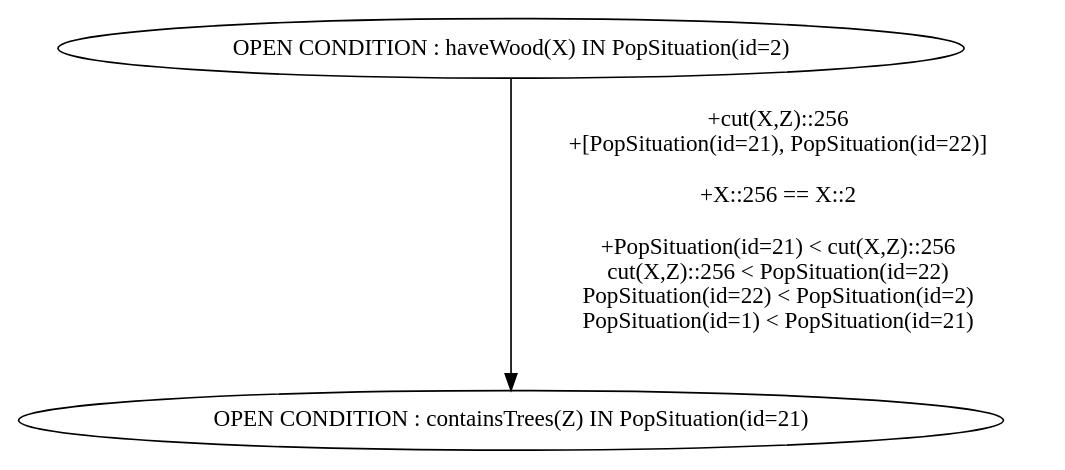
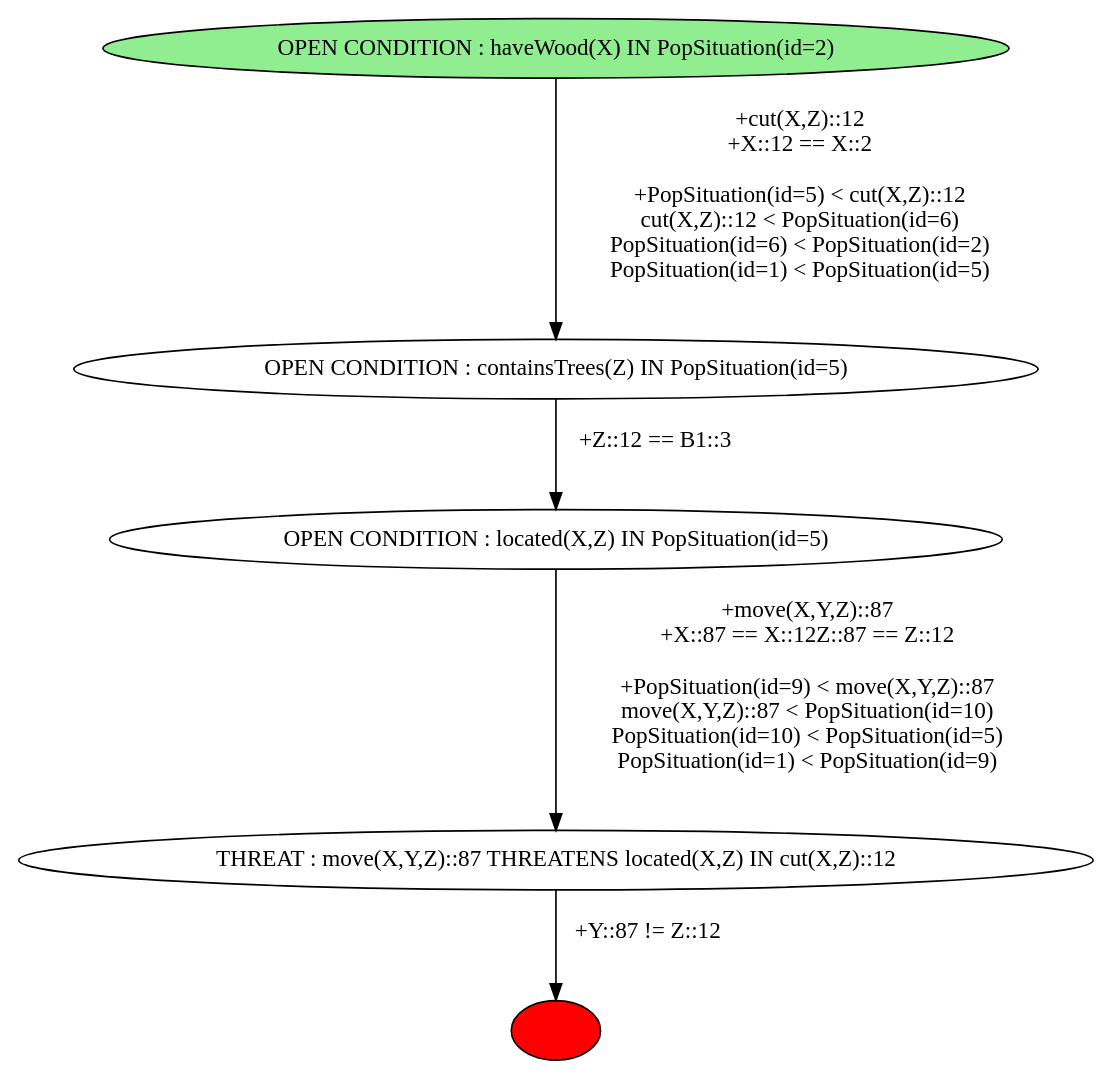
One commit to tokyramarozaka/mimosa-iriela-extension changed the diagram in output/detailed.png.dot. Above: the diagram before and after it, drawn with Graphviz. The commit also changed 10 other files, not shown here.

```diff
--- a/output/detailed.png.dot
+++ b/output/detailed.png.dot
@@ -1,13 +1,28 @@
 digraph G {
-"OPEN CONDITION : haveWood(X) IN PopSituation(id=2)" -> "OPEN CONDITION : containsTrees(Z) IN PopSituation(id=21)" [label="+cut(X,Z)::256
-+[PopSituation(id=21), PopSituation(id=22)]
+"" [style=filled,fillcolor="red"];
+"OPEN CONDITION : haveWood(X) IN PopSituation(id=2)" [style=filled,fillcolor="lightgreen"];
+"OPEN CONDITION : haveWood(X) IN PopSituation(id=2)" -> "OPEN CONDITION : containsTrees(Z) IN PopSituation(id=5)" [label="+cut(X,Z)::12
++X::12 == X::2
 
-+X::256 == X::2
++PopSituation(id=5) < cut(X,Z)::12
+cut(X,Z)::12 < PopSituation(id=6)
+PopSituation(id=6) < PopSituation(id=2)
+PopSituation(id=1) < PopSituation(id=5)
 
-+PopSituation(id=21) < cut(X,Z)::256
-cut(X,Z)::256 < PopSituation(id=22)
-PopSituation(id=22) < PopSituation(id=2)
-PopSituation(id=1) < PopSituation(id=21)
+"];
+"OPEN CONDITION : containsTrees(Z) IN PopSituation(id=5)" -> "OPEN CONDITION : located(X,Z) IN PopSituation(id=5)" [label="+Z::12 == B1::3
+
+"];
+"OPEN CONDITION : located(X,Z) IN PopSituation(id=5)" -> "THREAT : move(X,Y,Z)::87 THREATENS located(X,Z) IN cut(X,Z)::12" [label="+move(X,Y,Z)::87
++X::87 == X::12Z::87 == Z::12
+
++PopSituation(id=9) < move(X,Y,Z)::87
+move(X,Y,Z)::87 < PopSituation(id=10)
+PopSituation(id=10) < PopSituation(id=5)
+PopSituation(id=1) < PopSituation(id=9)
+
+"];
+"THREAT : move(X,Y,Z)::87 THREATENS located(X,Z) IN cut(X,Z)::12" -> "" [label="+Y::87 != Z::12
 
 "];
 }
```
